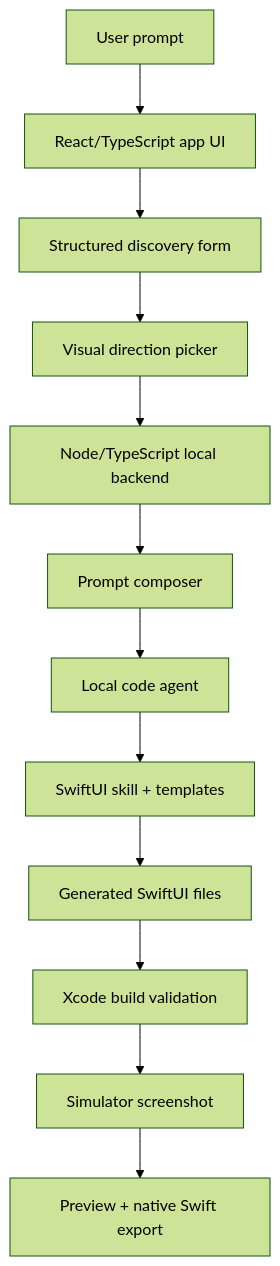
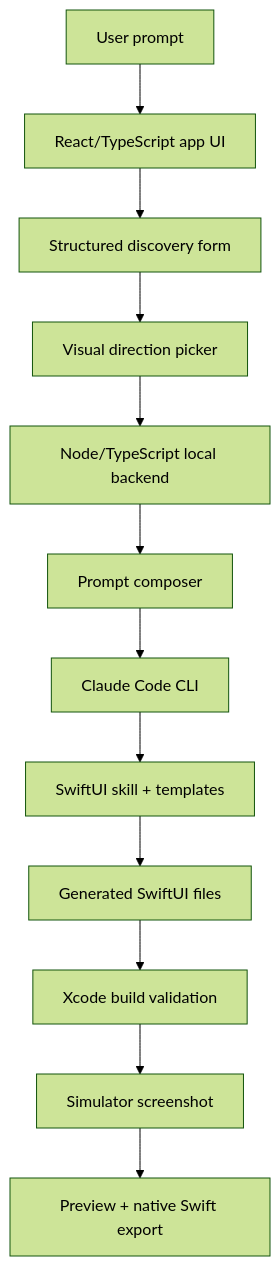
Before and after one commit to luketucich/Honeycrisp: the first of 4 diagrams in docs/architecture.md, drawn with Mermaid (forest theme). The commit also changed other lines of this file and 2 other files, not shown here.

Commit message:
docs: document claude code cli runtime

````diff
--- a/docs/architecture.md
+++ b/docs/architecture.md
@@ -43,14 +45,14 @@
 ```mermaid
 flowchart TD
   A["User prompt"] --> B["React/TypeScript app UI"]
   B --> C["Structured discovery form"]
   C --> D["Visual direction picker"]
   D --> E["Node/TypeScript local backend"]
   E --> F["Prompt composer"]
-  F --> G["Local code agent"]
+  F --> G["Claude Code CLI"]
   G --> H["SwiftUI skill + templates"]
   H --> I["Generated SwiftUI files"]
   I --> J["Xcode build validation"]
   J --> K["Simulator screenshot"]
   K --> L["Preview + native Swift export"]
 ```
````
